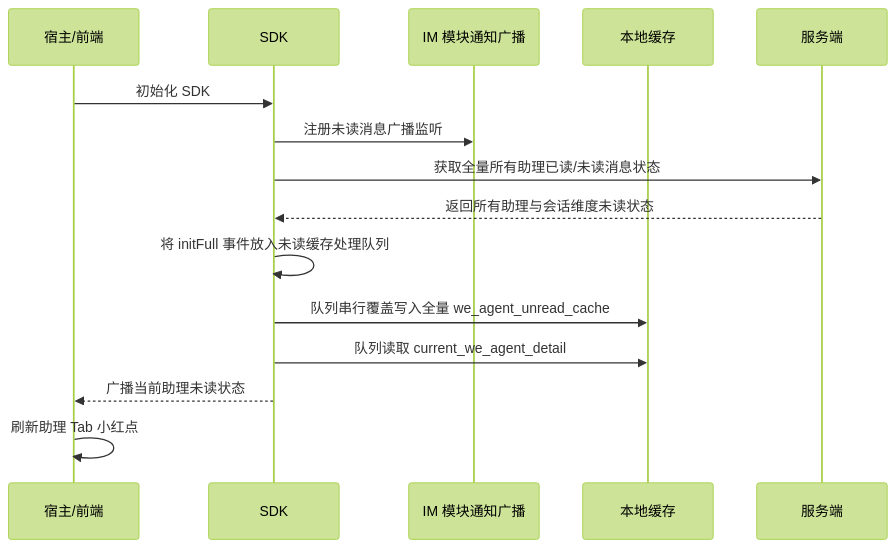
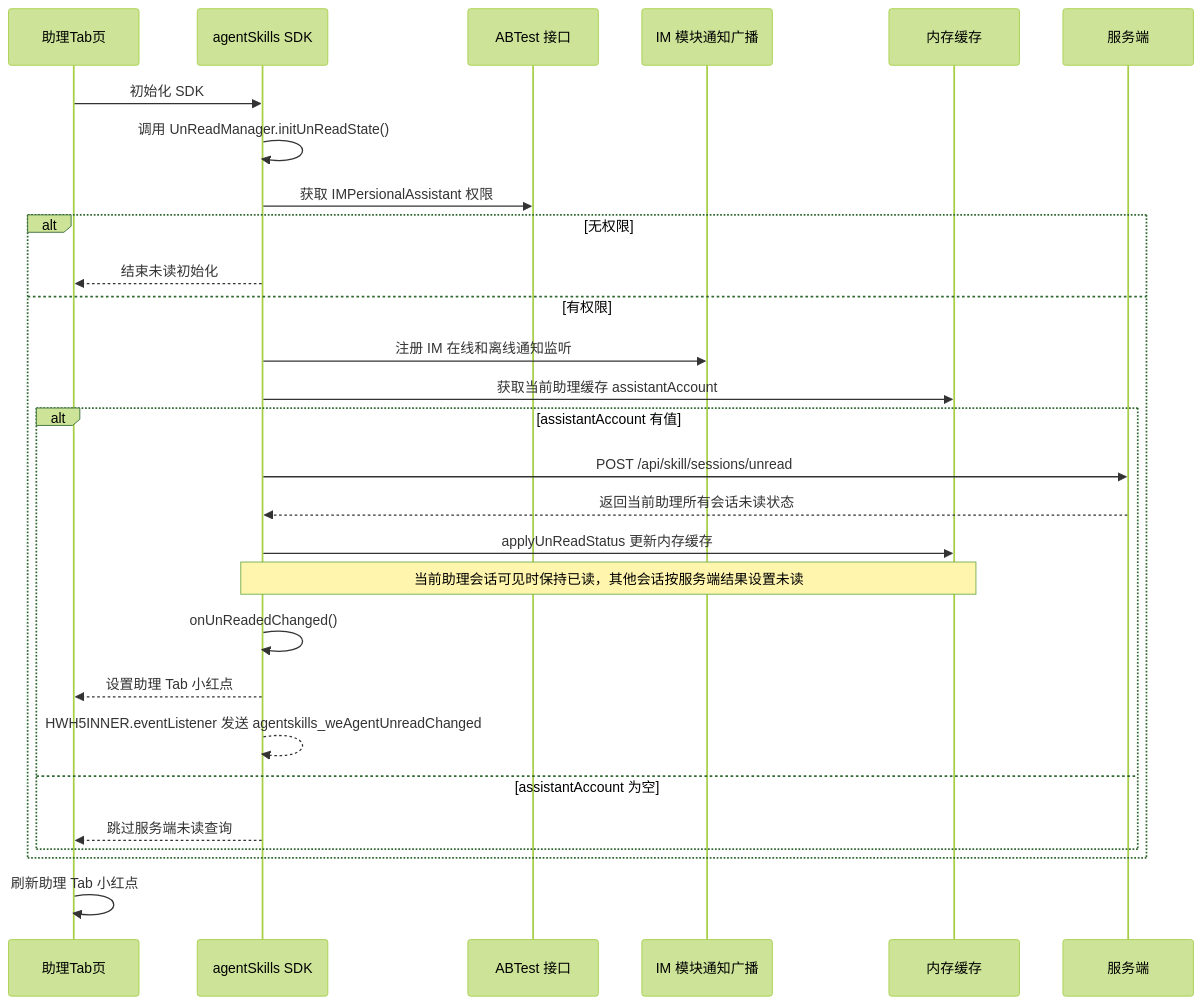
One commit to Abelsjcheng/skillSDK changed the second of 6 diagrams in 2026-06-11-we-agent-tab-unread-red-dot-plan.md. Above: the diagram before and after it, drawn with Mermaid (forest theme). The commit also changed other lines of this file, not shown here.

````diff
--- a/2026-06-11-we-agent-tab-unread-red-dot-plan.md
+++ b/2026-06-11-we-agent-tab-unread-red-dot-plan.md
@@ -89,18 +94,31 @@
 ```mermaid
 sequenceDiagram
-    participant Host as 宿主/前端
-    participant SDK as SDK
+    participant Tab as 助理Tab页
+    participant SDK as agentSkills SDK
+    participant AB as ABTest 接口
     participant IM as IM 模块通知广播
-    participant Storage as 本地缓存
+    participant Memory as 内存缓存
     participant Server as 服务端
 
-    Host->>SDK: 初始化 SDK
-    SDK->>IM: 注册未读消息广播监听
-    SDK->>Server: 获取全量所有助理已读/未读消息状态
-    Server-->>SDK: 返回所有助理与会话维度未读状态
-    SDK->>SDK: 将 initFull 事件放入未读缓存处理队列
-    SDK->>Storage: 队列串行覆盖写入全量 we_agent_unread_cache
-    SDK->>Storage: 队列读取 current_we_agent_detail
-    SDK-->>Host: 广播当前助理未读状态
-    Host->>Host: 刷新助理 Tab 小红点
+    Tab->>SDK: 初始化 SDK
+    SDK->>SDK: 调用 UnReadManager.initUnReadState()
+    SDK->>AB: 获取 IMPersionalAssistant 权限
+    alt 无权限
+        SDK-->>Tab: 结束未读初始化
+    else 有权限
+        SDK->>IM: 注册 IM 在线和离线通知监听
+        SDK->>Memory: 获取当前助理缓存 assistantAccount
+        alt assistantAccount 有值
+            SDK->>Server: POST /api/skill/sessions/unread
+            Server-->>SDK: 返回当前助理所有会话未读状态
+            SDK->>Memory: applyUnReadStatus 更新内存缓存
+            Note over SDK,Memory: 当前助理会话可见时保持已读，其他会话按服务端结果设置未读
+            SDK->>SDK: onUnReadedChanged()
+            SDK-->>Tab: 设置助理 Tab 小红点
+            SDK-->>SDK: HWH5INNER.eventListener 发送 agentskills_weAgentUnreadChanged
+        else assistantAccount 为空
+            SDK-->>Tab: 跳过服务端未读查询
+        end
+    end
+    Tab->>Tab: 刷新助理 Tab 小红点
 ```
````
